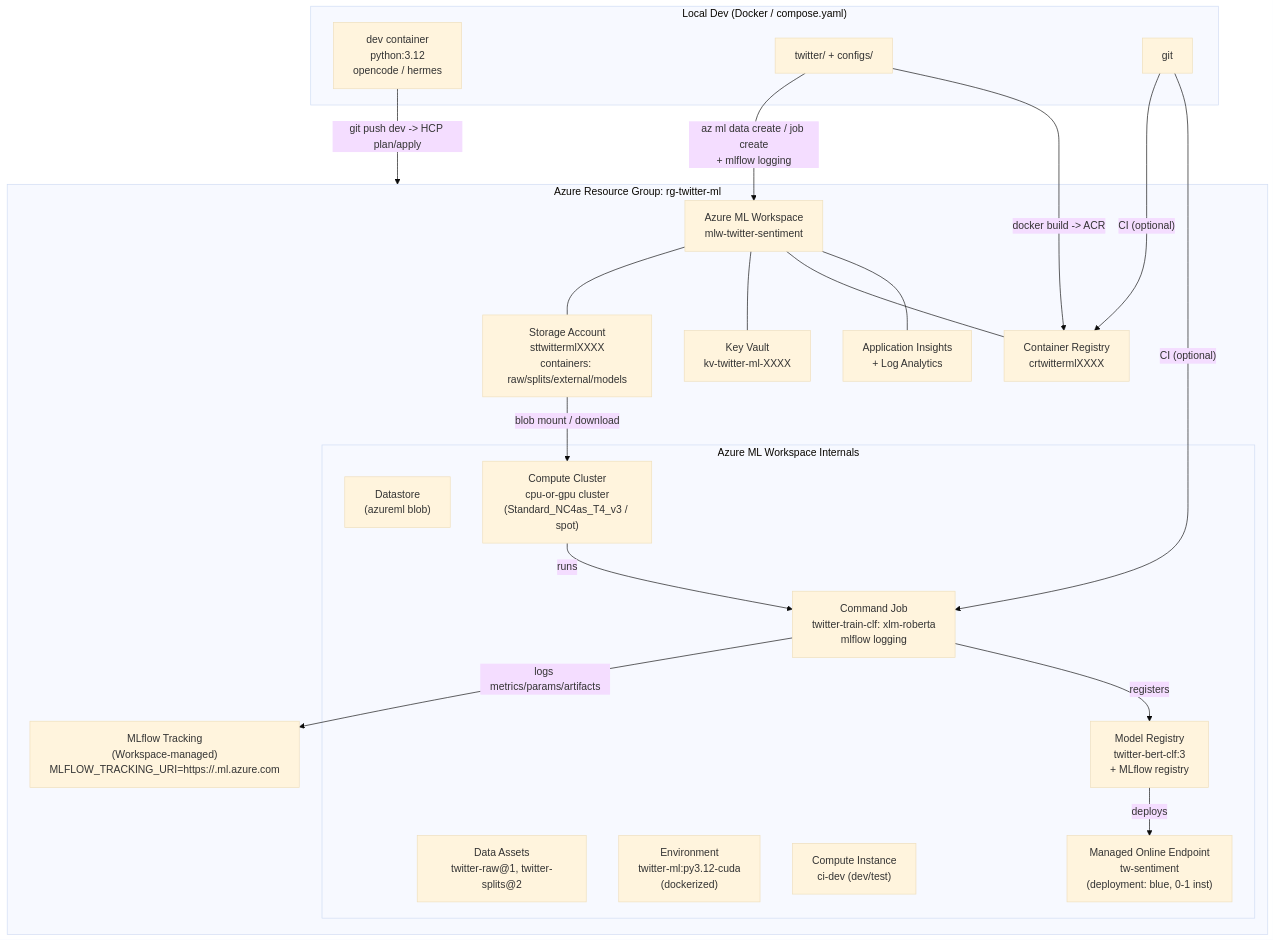
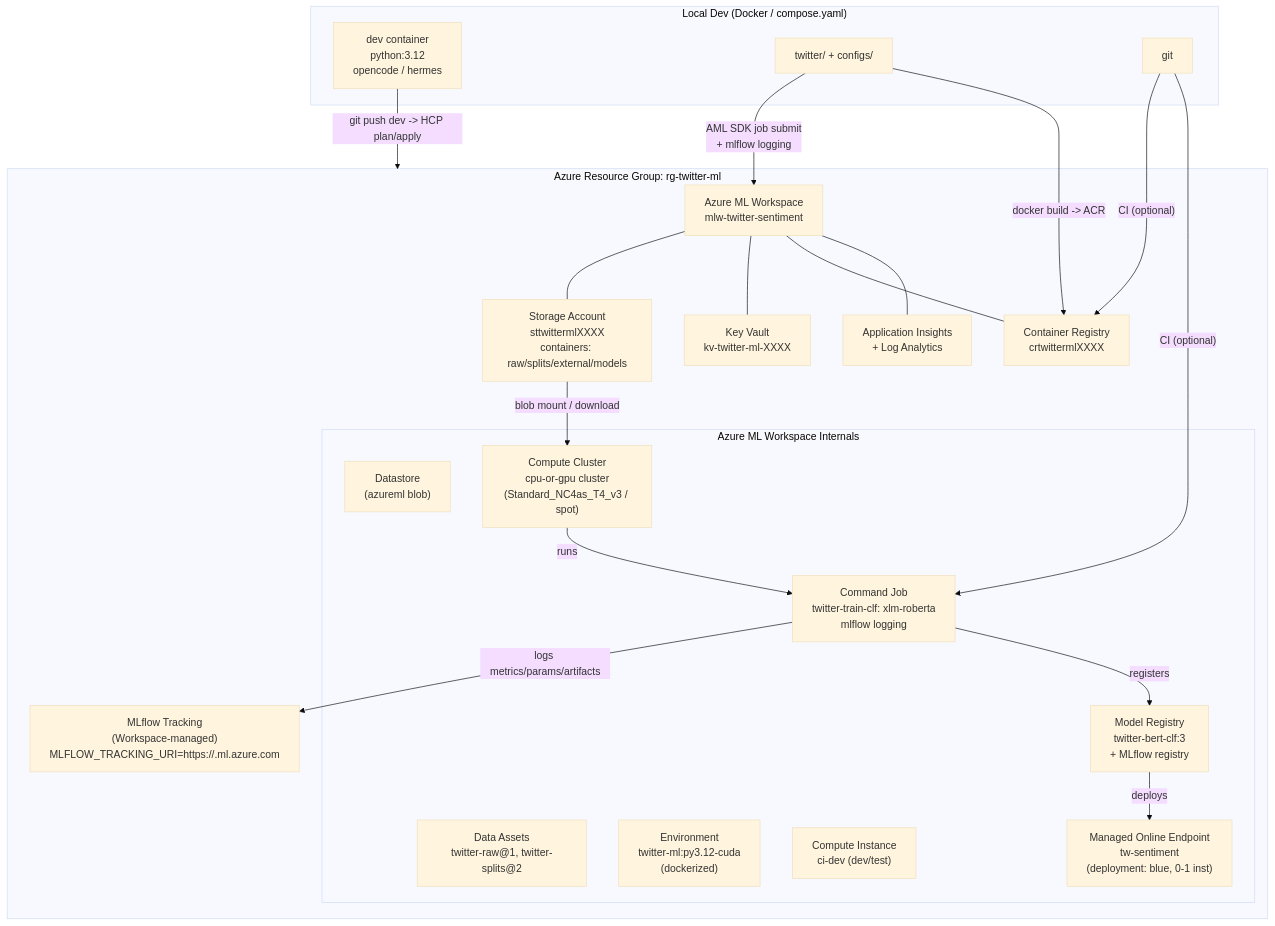
The first of 2 diagrams in docs/azure-infrastructure-plan.md (michaelschott00/twitter-sentiment-analysis), drawn with Mermaid (base theme) before and after one commit. The commit also changed other lines of this file, not shown here.

````diff
--- a/docs/azure-infrastructure-plan.md
+++ b/docs/azure-infrastructure-plan.md
@@ -75,44 +55,44 @@
 ```mermaid
 flowchart TB
     subgraph Local["Local Dev (Docker / compose.yaml)"]
         DEV["dev container\npython:3.12\nopencode / hermes"]
         CODE["twitter/ + configs/"]
         GIT["git"]
     end
 
     subgraph AzureRG["Azure Resource Group: rg-twitter-ml"]
         ST["Storage Account\nsttwittermlXXXX\ncontainers: raw/splits/external/models"]
         KV["Key Vault\nkv-twitter-ml-XXXX"]
         ACR["Container Registry\ncrtwittermlXXXX"]
         AI["Application Insights\n+ Log Analytics"]
         WS["Azure ML Workspace\nmlw-twitter-sentiment"]
 
         WS --- ST
         WS --- KV
         WS --- ACR
         WS --- AI
 
         subgraph AML["Azure ML Workspace Internals"]
             DS["Datastore\n(azureml blob)"]
             DA["Data Assets\ntwitter-raw@1, twitter-splits@2"]
             ENV["Environment\ntwitter-ml:py3.12-cuda\n(dockerized)"]
             COMP_CLUSTER["Compute Cluster\ncpu-or-gpu cluster\n(Standard_NC4as_T4_v3 / spot)"]
             COMP_INST["Compute Instance\nci-dev (dev/test)"]
             JOB["Command Job\ntwitter-train-clf: xlm-roberta\nmlflow logging"]
             REG["Model Registry\ntwitter-bert-clf:3\n+ MLflow registry"]
             EP["Managed Online Endpoint\ntw-sentiment\n(deployment: blue, 0-1 inst)"]
         end
 
         MLFLOW["MLflow Tracking\n(Workspace-managed)\nMLFLOW_TRACKING_URI=https://<ws>.ml.azure.com"]
     end
 
     DEV -- "git push dev -> HCP plan/apply" --> AzureRG
-    CODE -- "az ml data create / job create\n+ mlflow logging" --> WS
+    CODE -- "AML SDK job submit\n+ mlflow logging" --> WS
     CODE -- "docker build -> ACR" --> ACR
     ST -- "blob mount / download" --> COMP_CLUSTER
     COMP_CLUSTER -- "runs" --> JOB
     JOB -- "logs metrics/params/artifacts" --> MLFLOW
     JOB -- "registers" --> REG
     REG -- "deploys" --> EP
     GIT -- "CI (optional)" --> ACR & JOB
 ```
````
